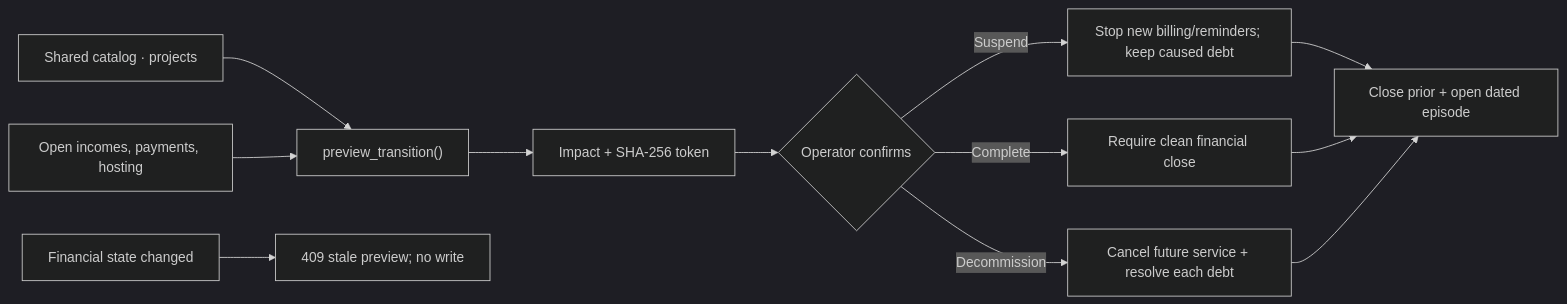
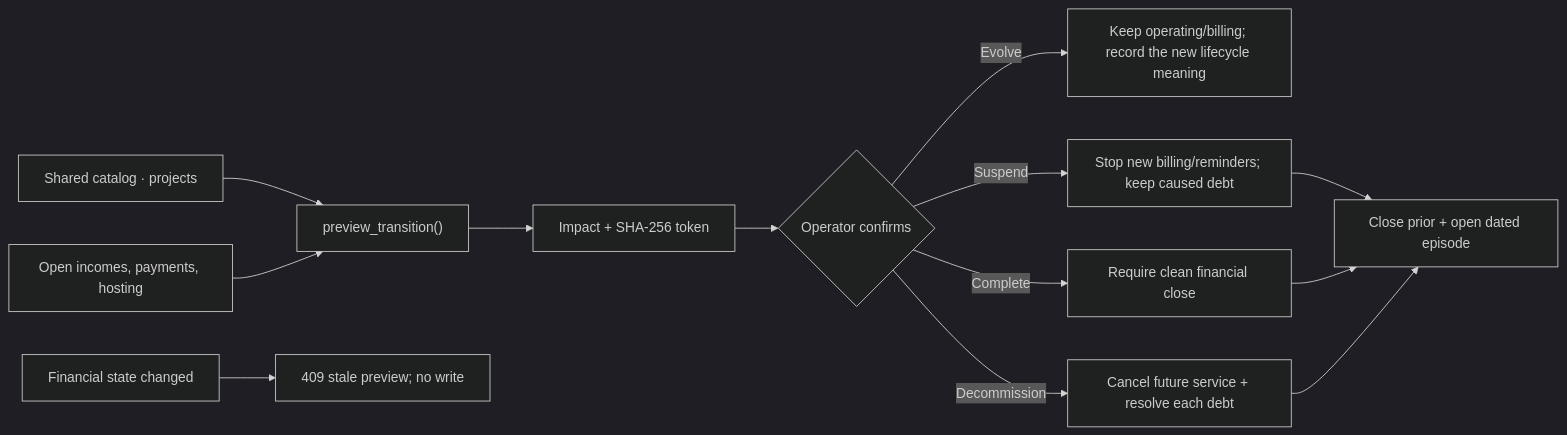
One commit to gustavop-dev/projectapp changed diagram 19 of 21 in docs/methodology/architecture.md. Above: the diagram before and after it, drawn with Mermaid (dark theme). The commit also changed other lines of this file and 35 other files, not shown here.

````diff
--- a/docs/methodology/architecture.md
+++ b/docs/methodology/architecture.md
@@ -958,14 +958,15 @@
 ```mermaid
 flowchart LR
     Catalog["Shared catalog · projects"] --> Preview["preview_transition()"]
     Financial["Open incomes, payments, hosting"] --> Preview
     Preview --> Token["Impact + SHA-256 token"]
     Token --> Decision{"Operator confirms"}
+    Decision -->|Evolve| Continue["Keep operating/billing; record the new lifecycle meaning"]
     Decision -->|Suspend| Stop["Stop new billing/reminders; keep caused debt"]
     Decision -->|Complete| Clean["Require clean financial close"]
     Decision -->|Decommission| Final["Cancel future service + resolve each debt"]
     Stop --> Episode["Close prior + open dated episode"]
     Clean --> Episode
     Final --> Episode
     Changed["Financial state changed"] --> Reject["409 stale preview; no write"]
 ```
````
